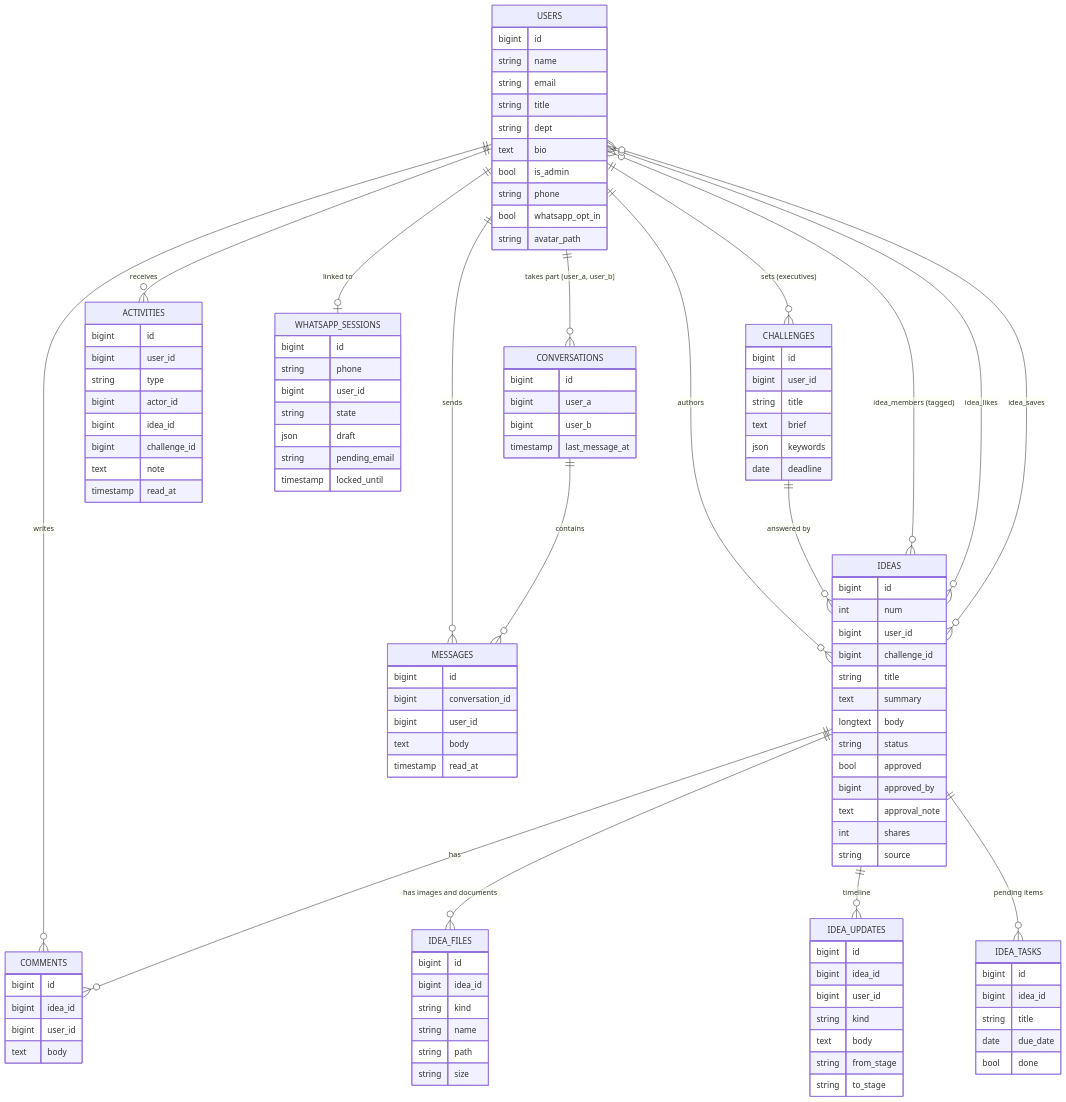
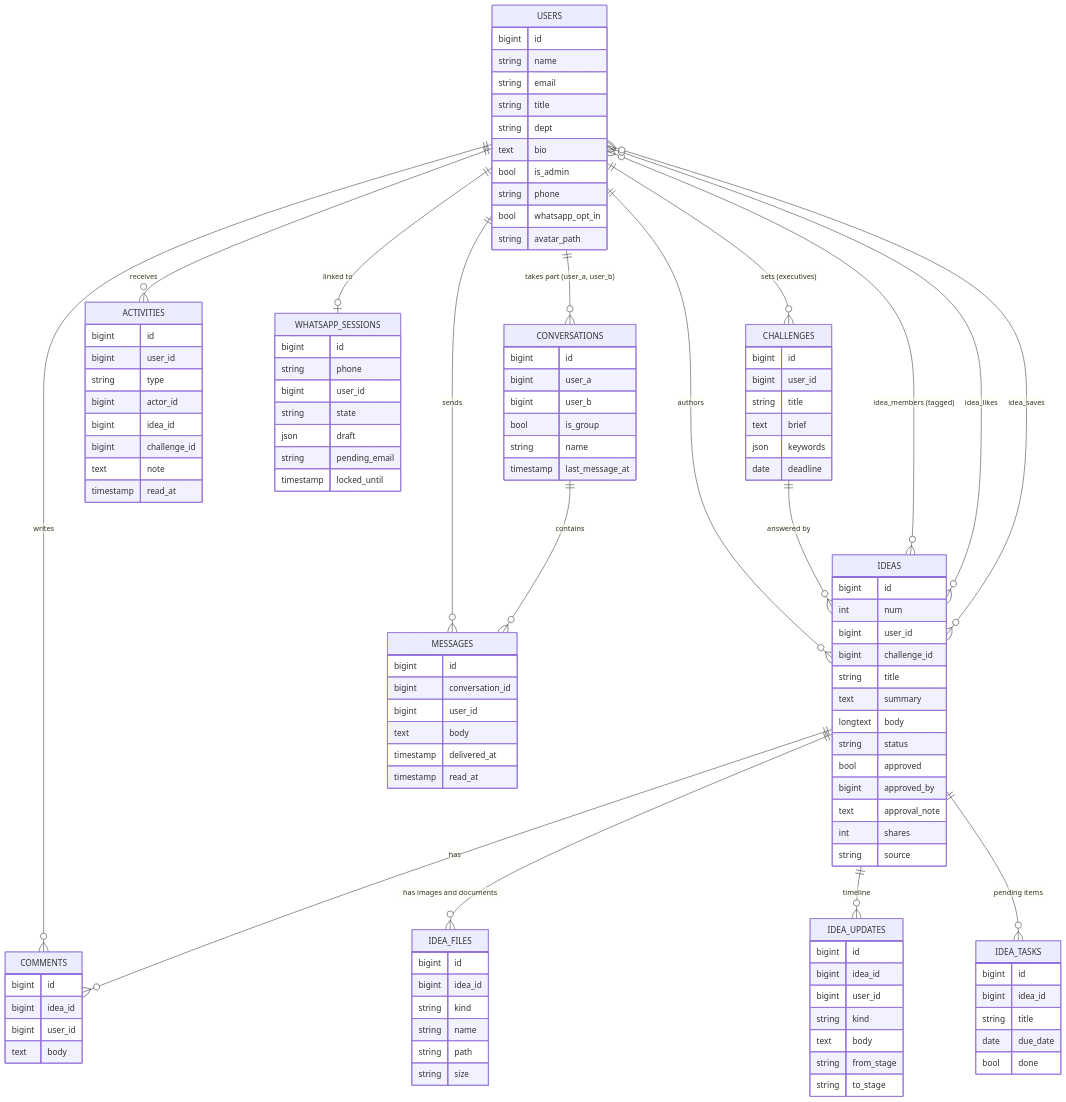
The third of 18 diagrams in docs/DOCUMENTATION.md (Nqobileee/zb-idea-manager), drawn with Mermaid before and after one commit. The commit also changed other lines of this file and 13 other files, not shown here.

```diff
--- a/docs/DOCUMENTATION.md
+++ b/docs/DOCUMENTATION.md
@@ -219,6 +219,8 @@
         bigint id
         bigint user_a
         bigint user_b
+        bool is_group
+        string name
         timestamp last_message_at
     }
     MESSAGES {
@@ -226,6 +228,7 @@
         bigint conversation_id
         bigint user_id
         text body
+        timestamp delivered_at
         timestamp read_at
     }
     ACTIVITIES {
```
